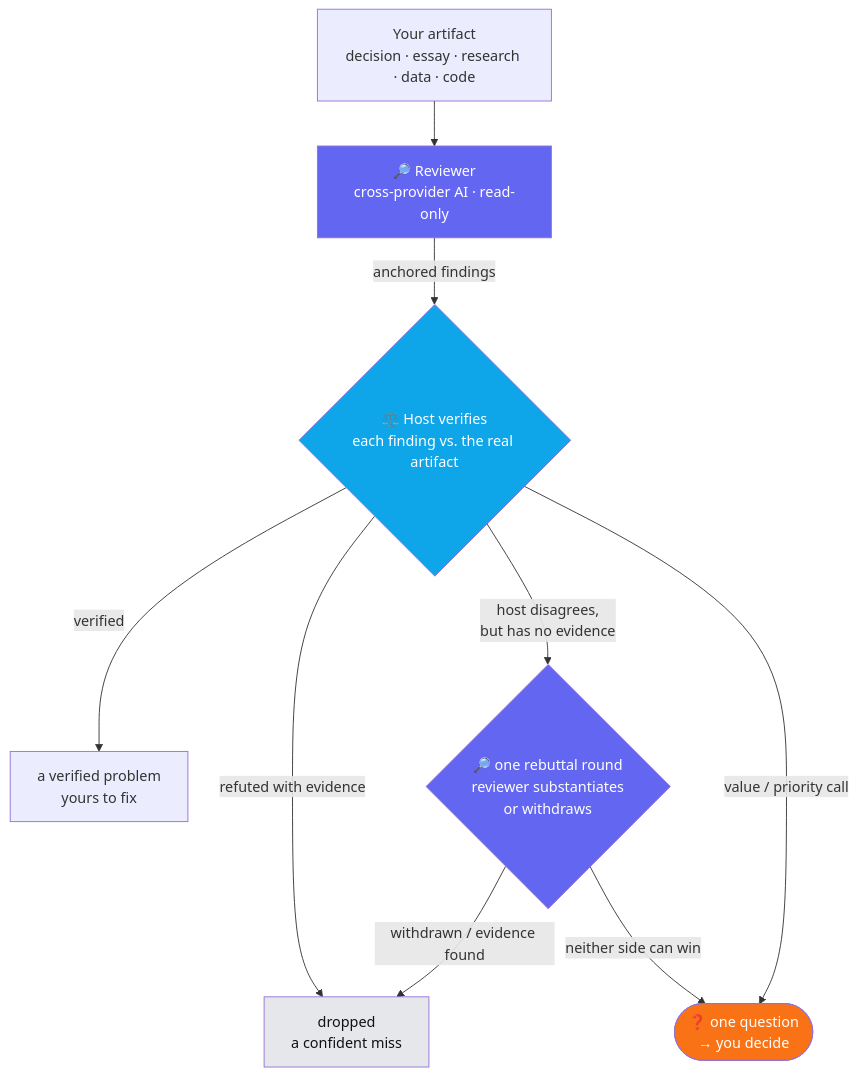
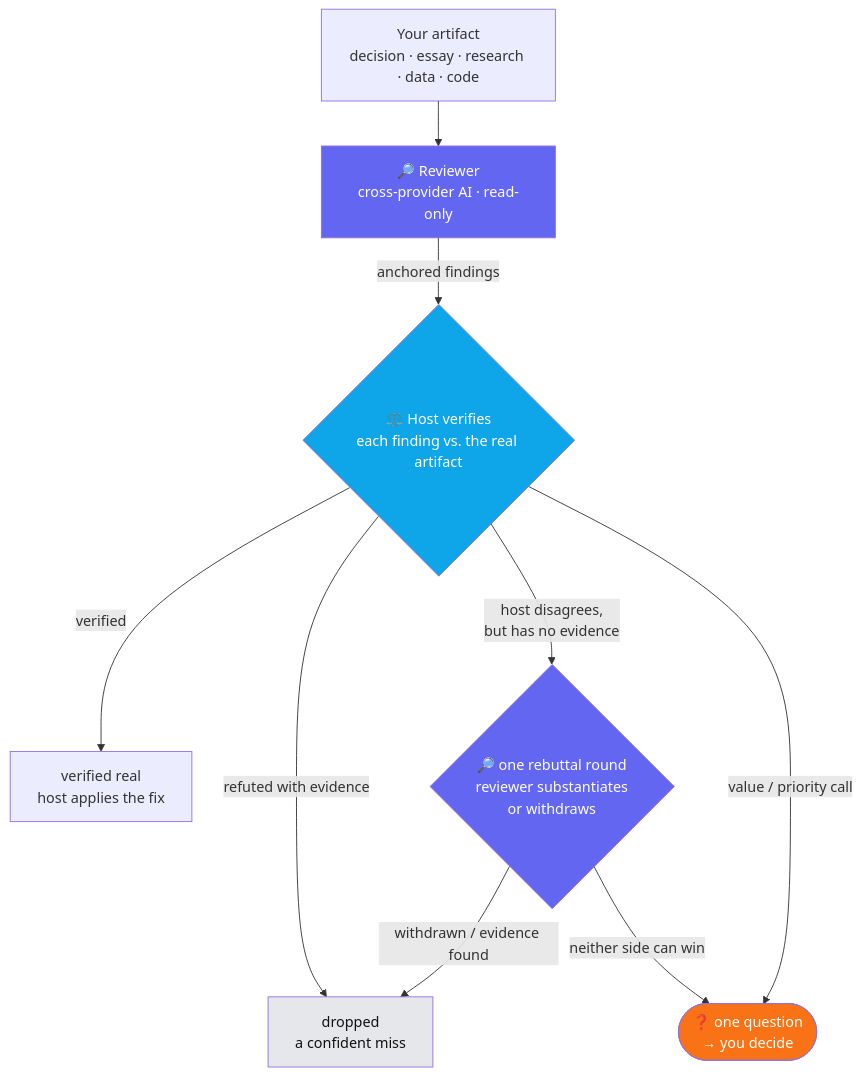
One commit to windaddict/impasse changed the first of 2 diagrams in README.md. Above: the diagram before and after it, drawn with Mermaid. The commit also changed other lines of this file, not shown here.

First line of the commit message:
readme: the HOST applies verified fixes; the reviewer just never holds the pen

````diff
--- a/README.md
+++ b/README.md
@@ -11,16 +12,16 @@
 ```mermaid
 flowchart TB
     A["Your artifact<br/>decision · essay · research · data · code"] --> R["🔎 Reviewer<br/>cross-provider AI · read-only"]
     R -->|"anchored findings"| V{"⚖️ Host verifies<br/>each finding vs. the real artifact"}
-    V -->|"verified"| F["a verified problem<br/>yours to fix"]
+    V -->|"verified"| F["verified real<br/>host applies the fix"]
     V -->|"refuted with evidence"| X["dropped<br/>a confident miss"]
     V -->|"host disagrees,<br/>but has no evidence"| RB{"🔎 one rebuttal round<br/>reviewer substantiates<br/>or withdraws"}
     V -->|"value / priority call"| Q(["❓ one question<br/>→ you decide"])
     RB -->|"withdrawn / evidence found"| X
     RB -->|"neither side can win"| Q
     style R fill:#6366f1,color:#fff
     style RB fill:#6366f1,color:#fff
     style V fill:#0ea5e9,color:#fff
     style Q fill:#f97316,color:#fff
     style X fill:#e5e7eb,color:#111
 ```
````
